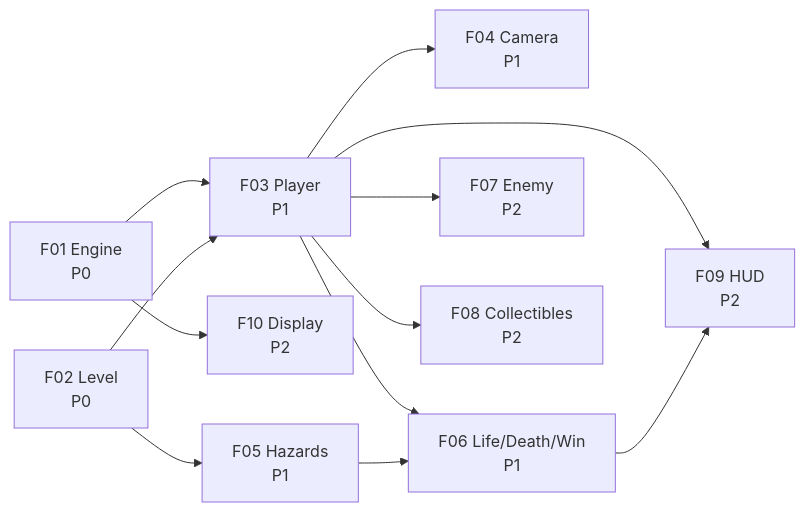
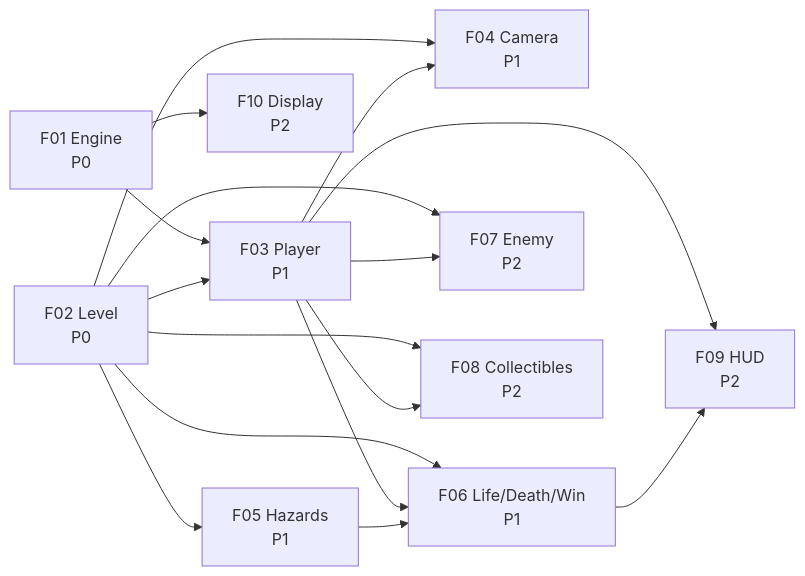
Before and after one commit to jxing90/mario: the third of 3 diagrams in docs/plans/2026-05-31-mario-platformer-design.md, drawn with Mermaid.

Commit message:
@ fix: add missing F02 dependency edges in §6.2 dependency chain
F02 Level is a direct data provider for Camera, Life/Death/Win, Enemy,
and Collectibles — added 4 missing edges (F02→F04, F02→F06, F02→F07,
F02→F08) found during design integration consistency check.

@

````diff
--- a/docs/plans/2026-05-31-mario-platformer-design.md
+++ b/docs/plans/2026-05-31-mario-platformer-design.md
@@ -408,14 +408,18 @@
 ```mermaid
 graph LR
     F01[F01 Engine<br/>P0] --> F03[F03 Player<br/>P1]
     F01 --> F10[F10 Display<br/>P2]
     F02[F02 Level<br/>P0] --> F03
+    F02 --> F04[F04 Camera<br/>P1]
     F02 --> F05[F05 Hazards<br/>P1]
-    F03 --> F04[F04 Camera<br/>P1]
-    F03 --> F06[F06 Life/Death/Win<br/>P1]
-    F03 --> F07[F07 Enemy<br/>P2]
-    F03 --> F08[F08 Collectibles<br/>P2]
+    F02 --> F06[F06 Life/Death/Win<br/>P1]
+    F02 --> F07[F07 Enemy<br/>P2]
+    F02 --> F08[F08 Collectibles<br/>P2]
+    F03 --> F04
+    F03 --> F06
+    F03 --> F07
+    F03 --> F08
     F03 --> F09[F09 HUD<br/>P2]
     F05 --> F06
     F06 --> F09
 ```
````
